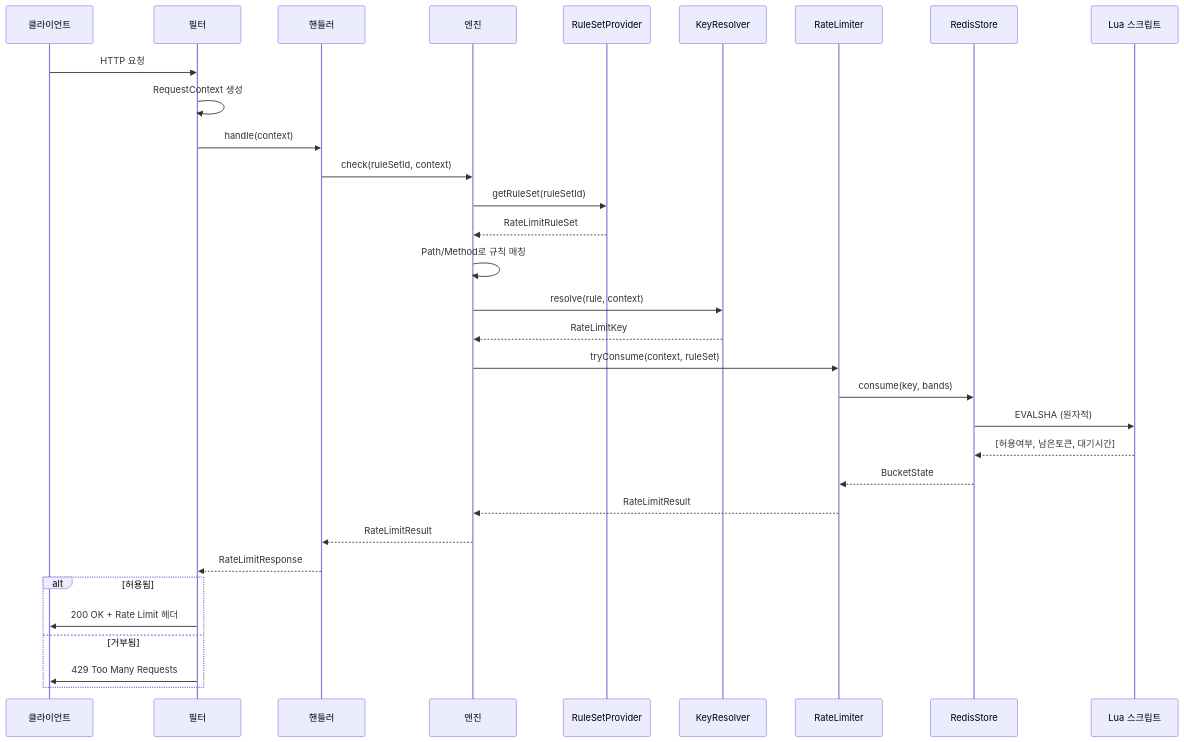
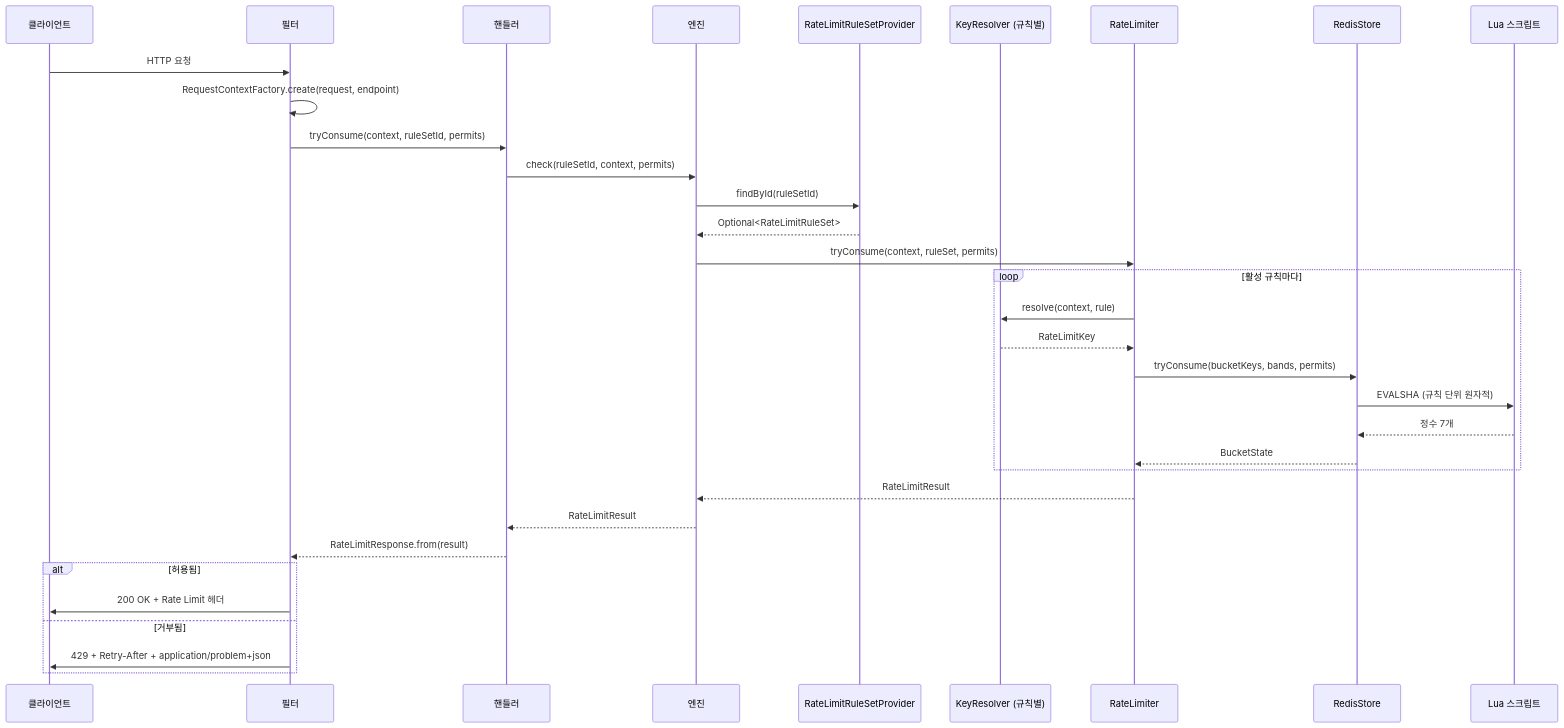
The eighth of 11 diagrams in docs/ko/architecture/README.ko.md (OpenFluxGate/fluxgate), drawn with Mermaid before and after one commit. The commit also changed other lines of this file and 33 other files, not shown here.

Commit message:
docs: 0.4 README, CHANGELOG, migration guide and architecture docs (EN/KO)

````diff
--- a/docs/ko/architecture/README.ko.md
+++ b/docs/ko/architecture/README.ko.md
@@ -642,36 +671,37 @@
 ```mermaid
 sequenceDiagram
     participant C as 클라이언트
     participant F as 필터
     participant H as 핸들러
     participant E as 엔진
-    participant P as RuleSetProvider
-    participant K as KeyResolver
+    participant P as RateLimitRuleSetProvider
+    participant K as KeyResolver (규칙별)
     participant R as RateLimiter
     participant S as RedisStore
     participant L as Lua 스크립트
 
     C->>F: HTTP 요청
-    F->>F: RequestContext 생성
-    F->>H: handle(context)
-    H->>E: check(ruleSetId, context)
-    E->>P: getRuleSet(ruleSetId)
-    P-->>E: RateLimitRuleSet
-    E->>E: Path/Method로 규칙 매칭
-    E->>K: resolve(rule, context)
-    K-->>E: RateLimitKey
-    E->>R: tryConsume(context, ruleSet)
-    R->>S: consume(key, bands)
-    S->>L: EVALSHA (원자적)
-    L-->>S: [허용여부, 남은토큰, 대기시간]
-    S-->>R: BucketState
+    F->>F: RequestContextFactory.create(request, endpoint)
+    F->>H: tryConsume(context, ruleSetId, permits)
+    H->>E: check(ruleSetId, context, permits)
+    E->>P: findById(ruleSetId)
+    P-->>E: Optional<RateLimitRuleSet>
+    E->>R: tryConsume(context, ruleSet, permits)
+    loop 활성 규칙마다
+        R->>K: resolve(context, rule)
+        K-->>R: RateLimitKey
+        R->>S: tryConsume(bucketKeys, bands, permits)
+        S->>L: EVALSHA (규칙 단위 원자적)
+        L-->>S: 정수 7개
+        S-->>R: BucketState
+    end
     R-->>E: RateLimitResult
     E-->>H: RateLimitResult
-    H-->>F: RateLimitResponse
+    H-->>F: RateLimitResponse.from(result)
 
     alt 허용됨
         F->>C: 200 OK + Rate Limit 헤더
     else 거부됨
-        F->>C: 429 Too Many Requests
+        F->>C: 429 + Retry-After + application/problem+json
     end
 ```
````
